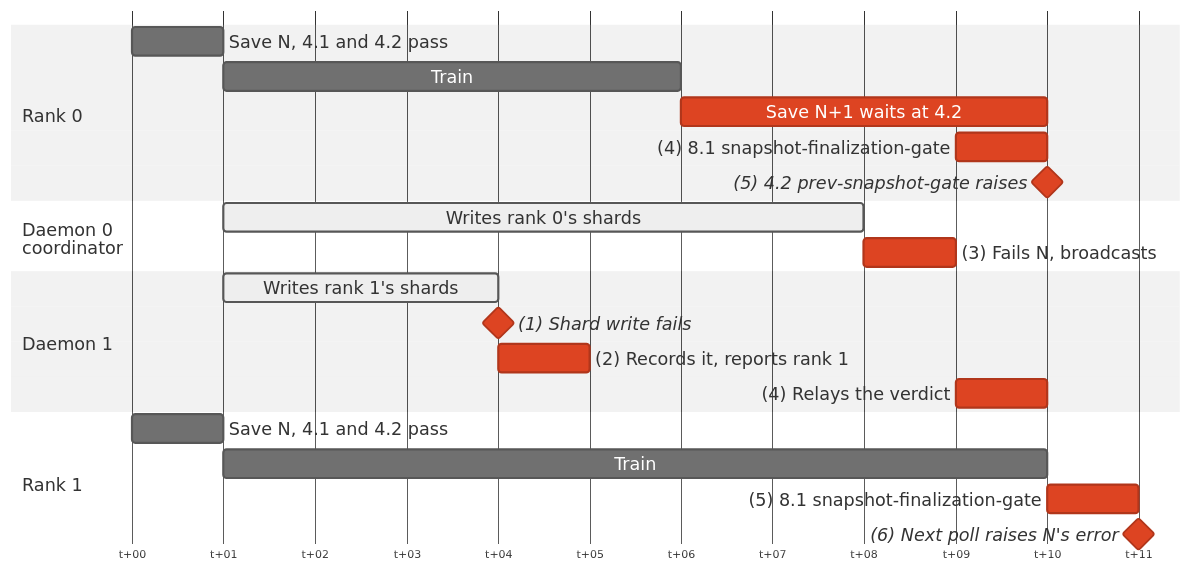
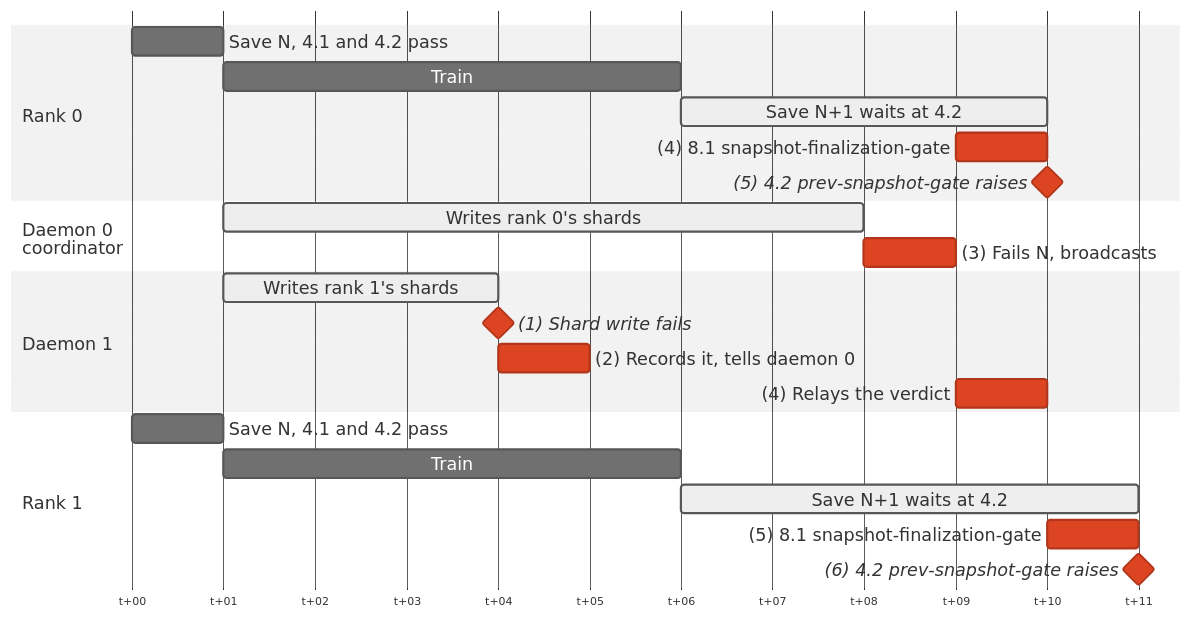
Before and after one commit to ankurv-nvidia/nvrx_checkpointing: the tenth of 14 diagrams in docs/Design.md, drawn with Mermaid (neutral theme). The commit also changed other lines of this file, not shown here.

Commit message:
Update diagrams

````diff
--- a/docs/Design.md
+++ b/docs/Design.md
@@ -650,30 +645,31 @@
 ```mermaid
-%%{init: {"gantt": {"fontSize": 16, "sectionFontSize": 16, "barHeight": 26, "barGap": 6, "leftPadding": 110, "topPadding": 40}}}%%
+%%{init: {"gantt": {"fontSize": 16, "sectionFontSize": 16, "barHeight": 26, "barGap": 6, "leftPadding": 110, "topPadding": 50}}}%%
 gantt
     dateFormat HH:mm
     axisFormat t+%M
     todayMarker off
 
     section Rank 0
-    Save N, 4.1 and 4.2 pass            :r0a, 00:00, 1m
-    Train                               :r0b, 00:01, 5m
-    Save N+1 waits at 4.2               :crit, r0c, 00:06, 4m
-    (4) 8.1 snapshot-finalization-gate  :crit, r0d, 00:09, 1m
-    (5) 4.2 prev-snapshot-gate raises   :crit, milestone, r0e, 00:10, 0m
+    Save N, 4.1 and 4.2 pass                  :r0a, 00:00, 1m
+    Train                                     :r0b, 00:01, 5m
+    Save N+1 waits at 4.2                     :active, r0c, 00:06, 4m
+    (4) 8.1 snapshot-finalization-gate        :crit, r0d, 00:09, 1m
+    (5) 4.2 prev-snapshot-gate raises         :crit, milestone, r0e, 00:10, 0m
 
     section Daemon 0<br>coordinator
-    Writes rank 0's shards              :active, d0a, 00:01, 7m
-    (3) Fails N, broadcasts             :crit, d0b, 00:08, 1m
+    Writes rank 0's shards                    :active, d0a, 00:01, 7m
+    (3) Fails N, broadcasts                   :crit, d0b, 00:08, 1m
 
     section Daemon 1
-    Writes rank 1's shards              :active, d1a, 00:01, 3m
-    (1) Shard write fails               :crit, milestone, d1b, 00:04, 0m
-    (2) Records it, reports rank 1      :crit, d1c, 00:04, 1m
-    (4) Relays the verdict              :crit, d1d, 00:09, 1m
+    Writes rank 1's shards                    :active, d1a, 00:01, 3m
+    (1) Shard write fails                     :crit, milestone, d1b, 00:04, 0m
+    (2) Records it, tells daemon 0            :crit, d1c, 00:04, 1m
+    (4) Relays the verdict                    :crit, d1d, 00:09, 1m
 
     section Rank 1
-    Save N, 4.1 and 4.2 pass            :r1a, 00:00, 1m
-    Train                               :r1b, 00:01, 9m
-    (5) 8.1 snapshot-finalization-gate  :crit, r1c, 00:10, 1m
-    (6) Next poll raises N's error      :crit, milestone, r1d, 00:11, 0m
+    Save N, 4.1 and 4.2 pass                  :r1a, 00:00, 1m
+    Train                                     :r1b, 00:01, 5m
+    Save N+1 waits at 4.2                     :active, r1c, 00:06, 5m
+    (5) 8.1 snapshot-finalization-gate        :crit, r1d, 00:10, 1m
+    (6) 4.2 prev-snapshot-gate raises         :crit, milestone, r1e, 00:11, 0m
 ```
````
